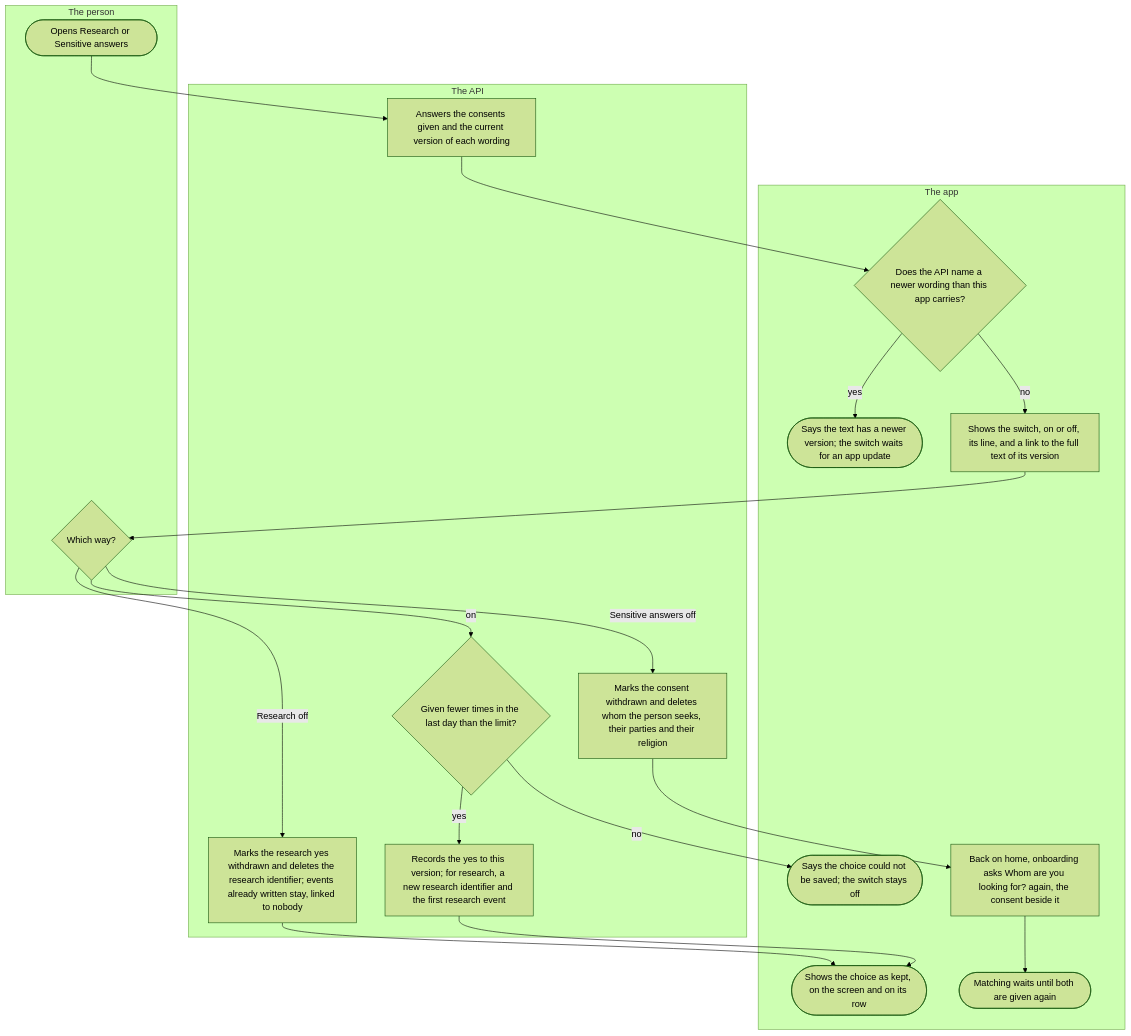
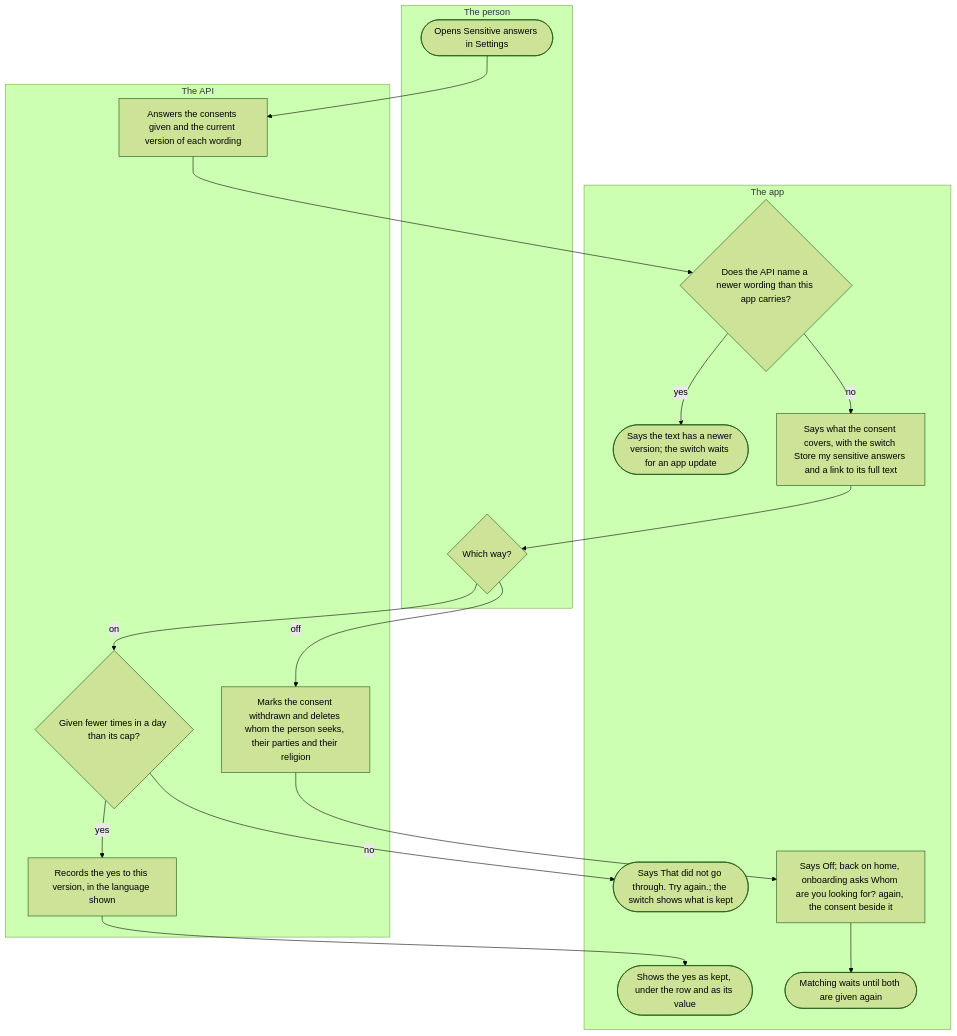
One commit to kuutti-ry/kuutti-app changed the second of 3 diagrams in docs/flows/settings-and-feedback.md. Above: the diagram before and after it, drawn with Mermaid (forest theme). The commit also changed other lines of this file and 41 other files, not shown here.

First line of the commit message:
Redraw the user flows against today's main, held by check:docs

````diff
--- a/docs/flows/settings-and-feedback.md
+++ b/docs/flows/settings-and-feedback.md
@@ -54,33 +91,36 @@
 ```mermaid
 flowchart TB
-  accTitle: Settings, consents and feedback, part 2: the consents
-  accDescr: The research opt-in and the sensitive-answers consent each have a screen with a switch. Research on records the yes and a new research identifier, and off deletes the identifier while the events already written stay, linked to nobody. Sensitive answers off deletes whom the person seeks, their parties and their religion, and onboarding asks whom they seek again before matching goes on.
+  accTitle: Settings, consents and feedback, part 2: the sensitive answers
+  accDescr: The row Sensitive answers holds the consent's switch. Turned on, the API records the yes to the version this app carries, within a cap of changes a day. Turned off, it marks the consent withdrawn and deletes whom the person seeks, their parties and their religion, and home sends them back to whom they seek, with the consent beside it, before matching goes on.
   subgraph person["The person"]
-    s13(["Opens Research or Sensitive answers"])
-    s18{"Which way?"}
+    s16(["Opens Sensitive answers in Settings"])
+    s21{"Which way?"}
   end
   subgraph app["The app"]
-    s15{"Does the API name a newer wording than this app carries?"}
-    s16(["Says the text has a newer version; the switch waits for an app update"])
-    s17["Shows the switch, on or off, its line, and a link to the full text of its version"]
-    s20(["Says the choice could not be saved; the switch stays off"])
-    s24(["Shows the choice as kept, on the screen and on its row"])
-    s25["Back on home, onboarding asks Whom are you looking for? again, the consent beside it"]
-    s26(["Matching waits until both are given again"])
+    s18{"Does the API name a newer wording than this app carries?"}
+    s19(["Says the text has a newer version; the switch waits for an app update"])
+    s20["Says what the consent covers, with the switch Store my sensitive answers and a link to its full text"]
+    s23(["Says That did not go through. Try again.; the switch shows what is kept"])
+    s26(["Shows the yes as kept, under the row and as its value"])
+    s27["Says Off; back on home, onboarding asks Whom are you looking for? again, the consent beside it"]
+    s28(["Matching waits until both are given again"])
   end
   subgraph api["The API"]
-    s14["Answers the consents given and the current version of each wording"]
-    s19{"Given fewer times in the last day than the limit?"}
-    s21["Records the yes to this version; for research, a new research identifier and the first research event"]
-    s22["Marks the research yes withdrawn and deletes the research identifier; events already written stay, linked to nobody"]
-    s23["Marks the consent withdrawn and deletes whom the person seeks, their parties and their religion"]
+    s17["Answers the consents given and the current version of each wording"]
+    s22{"Given fewer times in a day than its cap?"}
+    s24["Records the yes to this version, in the language shown"]
+    s25["Marks the consent withdrawn and deletes whom the person seeks, their parties and their religion"]
   end
-  s13 --> s14 --> s15
-  s15 -->|"yes"| s16
-  s15 -->|"no"| s17 --> s18
-  s18 -->|"on"| s19
-  s19 -->|"no"| s20
-  s19 -->|"yes"| s21 --> s24
-  s18 -->|"Research off"| s22 --> s24
-  s18 -->|"Sensitive answers off"| s23 --> s25 --> s26
+  s16 --> s17
+  s17 --> s18
+  s18 -->|"yes"| s19
+  s18 -->|"no"| s20
+  s20 --> s21
+  s21 -->|"on"| s22
+  s22 -->|"no"| s23
+  s22 -->|"yes"| s24
+  s24 --> s26
+  s21 -->|"off"| s25
+  s25 --> s27
+  s27 --> s28
 ```
````
